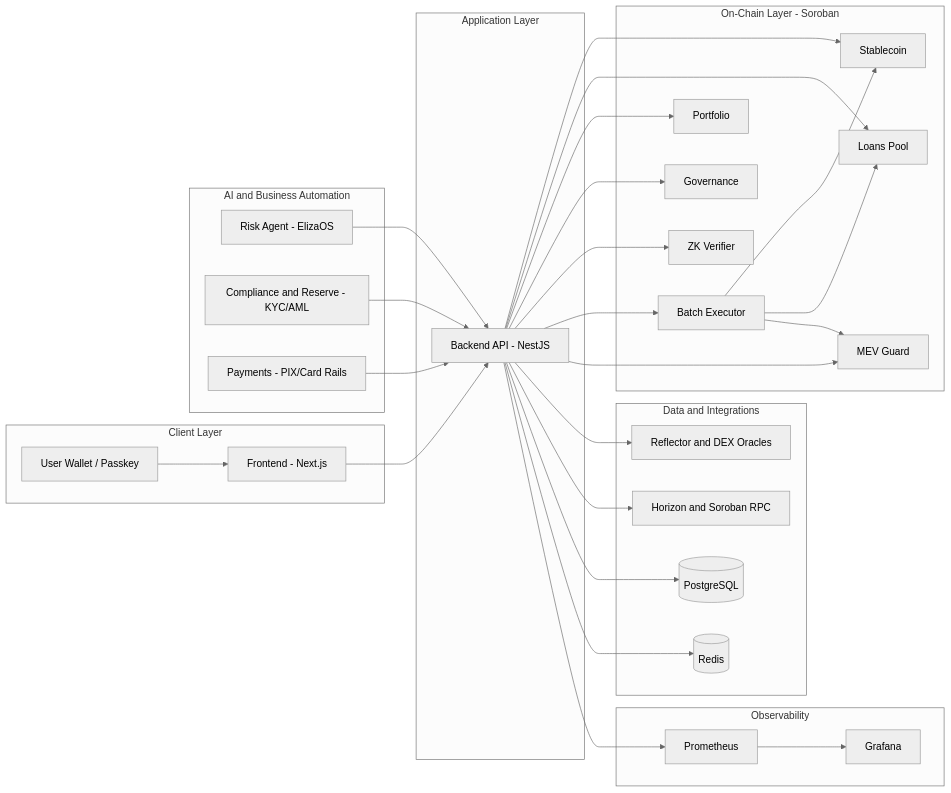
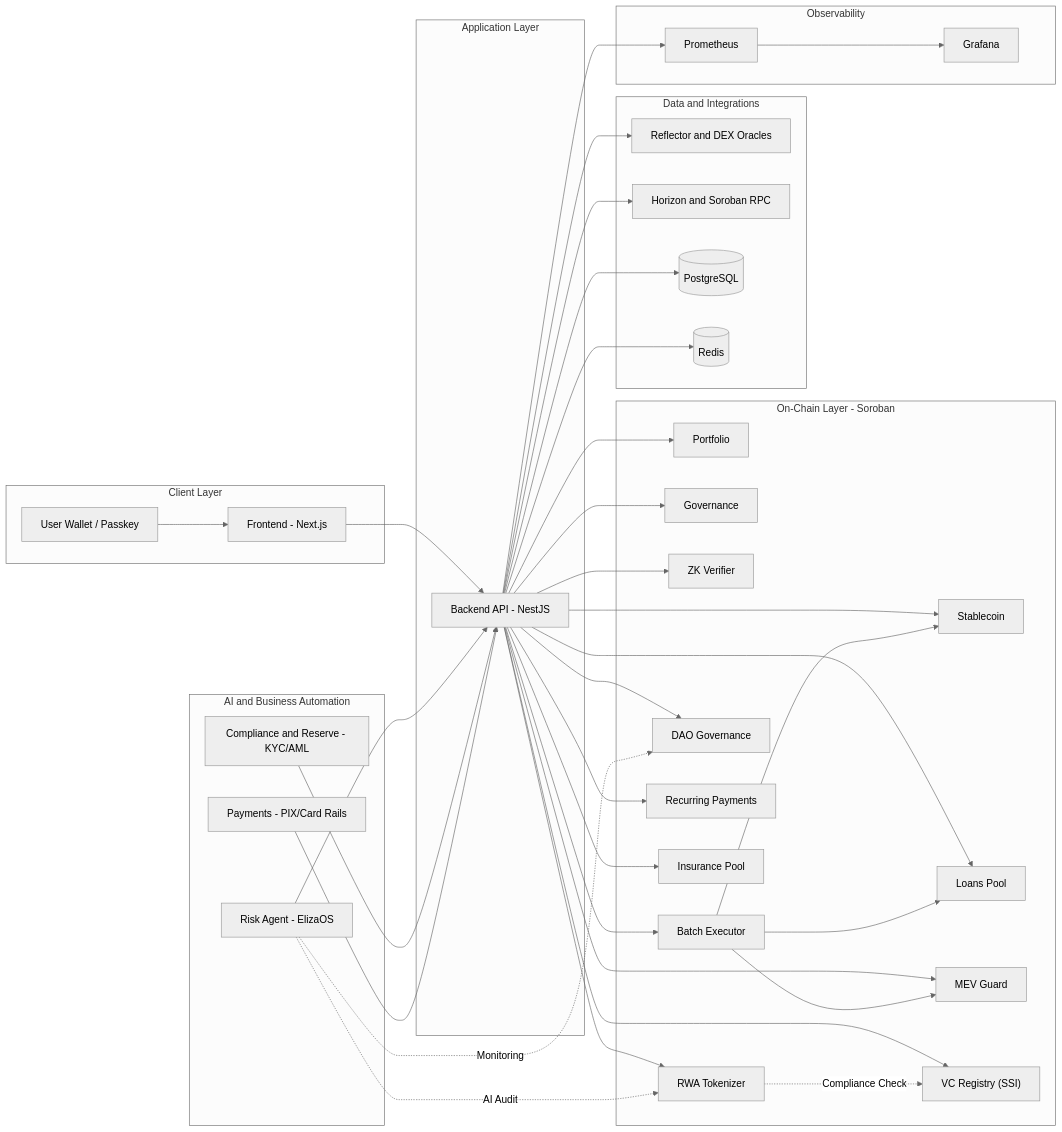
The diagram in README.md (Jistriane/Stellaro), drawn with Mermaid (neutral theme) before and after one commit. The commit also changed other lines of this file and 124 other files, not shown here.

Commit message:
feat: implement Stellaro v4.0 - RWA, SSI, DAO and AI Integration

````diff
--- a/README.md
+++ b/README.md
@@ -197,64 +205,78 @@
 ```mermaid
 flowchart LR
   subgraph UI["Client Layer"]
     U["User Wallet / Passkey"]
     F["Frontend - Next.js"]
     U --> F
   end
 
   subgraph API["Application Layer"]
     B["Backend API - NestJS"]
   end
 
   subgraph AGENTS["AI and Business Automation"]
     A1["Risk Agent - ElizaOS"]
     A2["Compliance and Reserve - KYC/AML"]
     A3["Payments - PIX/Card Rails"]
   end
 
   subgraph CHAIN["On-Chain Layer - Soroban"]
     C1["Stablecoin"]
     C2["Loans Pool"]
     C3["Portfolio"]
     C4["Governance"]
     C5["ZK Verifier"]
     C6["Batch Executor"]
     C7["MEV Guard"]
+    C8["VC Registry (SSI)"]
+    C9["RWA Tokenizer"]
+    C10["DAO Governance"]
+    C11["Recurring Payments"]
+    C12["Insurance Pool"]
   end
 
   subgraph DATA["Data and Integrations"]
     O1["Reflector and DEX Oracles"]
     O2["Horizon and Soroban RPC"]
     D1[(PostgreSQL)]
     D2[(Redis)]
   end
 
   subgraph OBS["Observability"]
     M1["Prometheus"]
     M2["Grafana"]
     M1 --> M2
   end
 
   F --> B
   A1 --> B
   A2 --> B
   A3 --> B
 
   B --> C1
   B --> C2
   B --> C3
   B --> C4
   B --> C5
   B --> C6
   B --> C7
+  B --> C8
+  B --> C9
+  B --> C10
+  B --> C11
+  B --> C12
 
   C6 --> C1
   C6 --> C2
   C6 --> C7
+  
+  C9 -.->|Compliance Check| C8
+  A1 -.->|AI Audit| C9
+  A1 -.->|Monitoring| C10
 
   B --> O1
   B --> O2
   B --> D1
   B --> D2
   B --> M1
 ```
````
